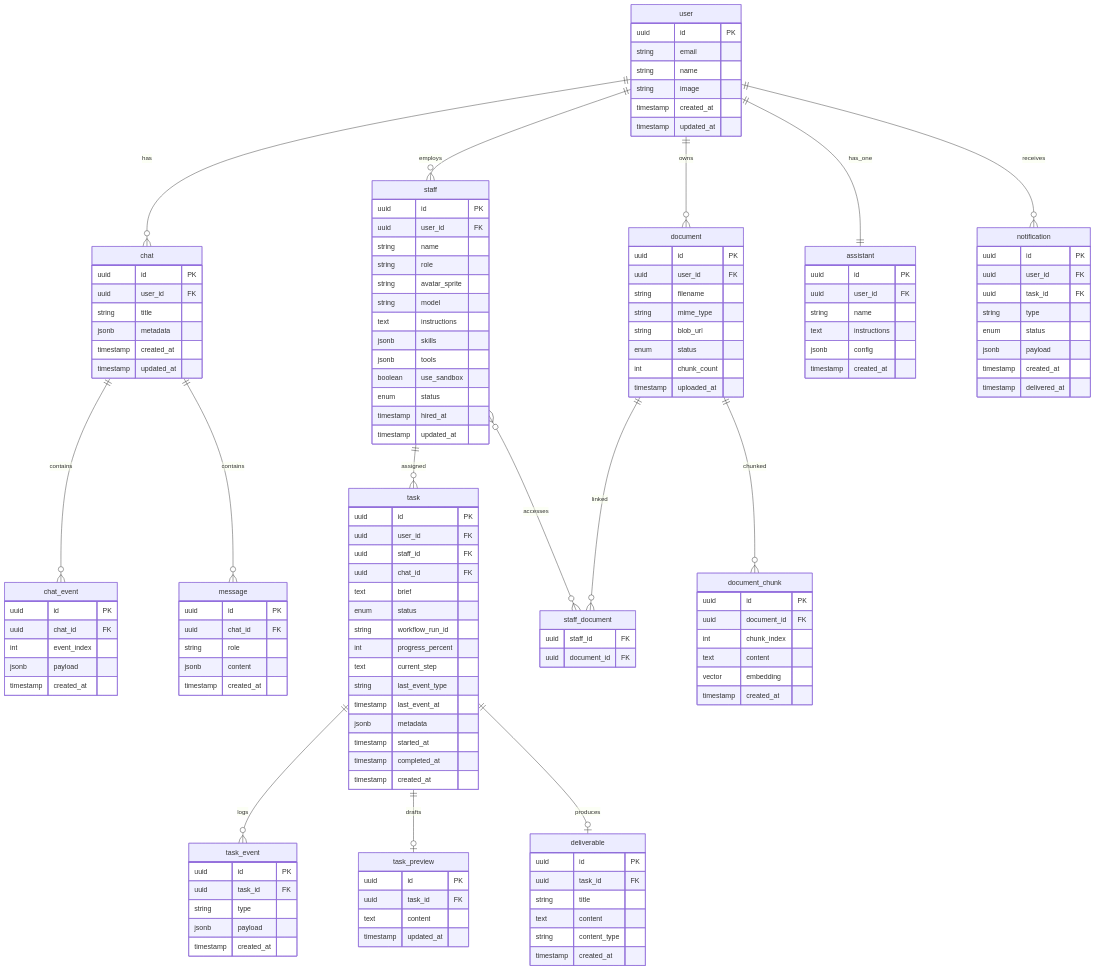
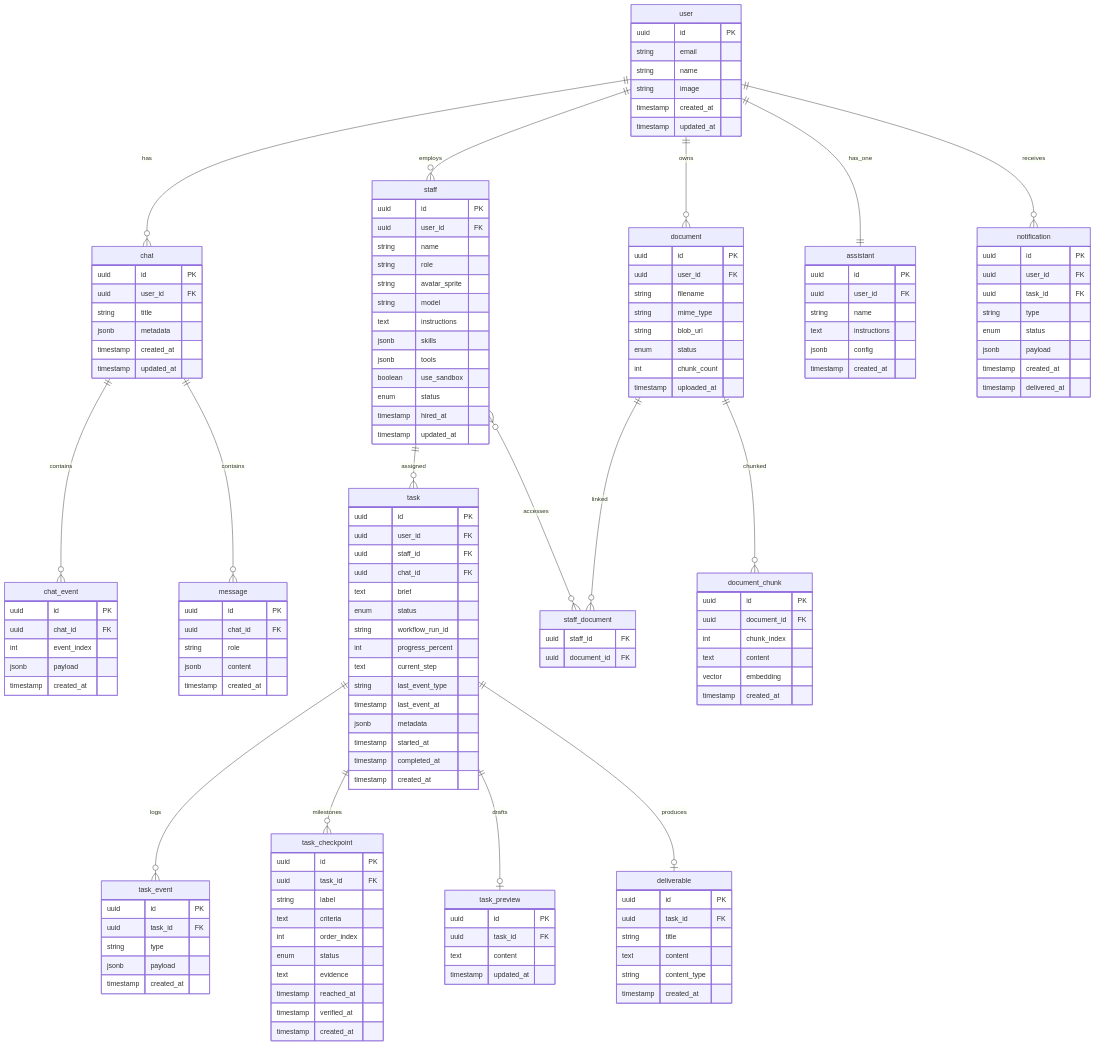
One commit to tihado/nex-staff changed the diagram in docs/DATA-MODEL.md. Above: the diagram before and after it, drawn with Mermaid. The commit also changed other lines of this file and 6 other files, not shown here.

```diff
--- a/docs/DATA-MODEL.md
+++ b/docs/DATA-MODEL.md
@@ -14,6 +14,7 @@
     staff }o--o{ staff_document : accesses
     document ||--o{ staff_document : linked
     task ||--o{ task_event : logs
+    task ||--o{ task_checkpoint : milestones
     task ||--o| task_preview : drafts
     task ||--o| deliverable : produces
     user ||--o{ notification : receives
@@ -86,6 +87,19 @@
         timestamp updated_at
     }
 
+    task_checkpoint {
+        uuid id PK
+        uuid task_id FK
+        string label
+        text criteria
+        int order_index
+        enum status
+        text evidence
+        timestamp reached_at
+        timestamp verified_at
+        timestamp created_at
+    }
+
     notification {
         uuid id PK
         uuid user_id FK
```
